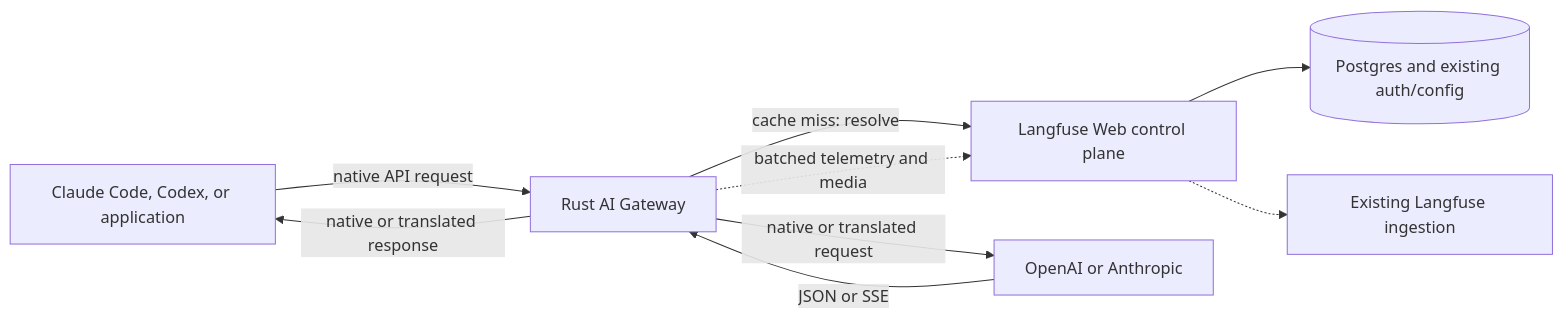
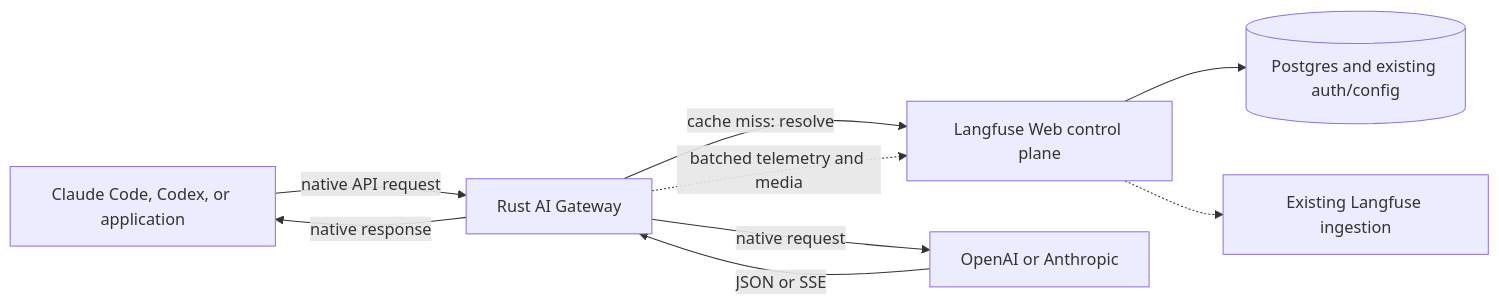
The first of 2 diagrams in specs/llm-gateway-rfc.md (langfuse/langfuse), drawn with Mermaid before and after one commit. The commit also changed other lines of this file, not shown here.

````diff
--- a/specs/llm-gateway-rfc.md
+++ b/specs/llm-gateway-rfc.md
@@ -81,11 +80,11 @@
 ```mermaid
 flowchart LR
     C["Claude Code, Codex, or application"] -->|"native API request"| G["Rust AI Gateway"]
     G -->|"cache miss: resolve"| W["Langfuse Web control plane"]
     W --> P[("Postgres and existing auth/config")]
-    G -->|"native or translated request"| O["OpenAI or Anthropic"]
+    G -->|"native request"| O["OpenAI or Anthropic"]
     O -->|"JSON or SSE"| G
-    G -->|"native or translated response"| C
+    G -->|"native response"| C
     G -.->|"batched telemetry and media"| W
     W -.-> I["Existing Langfuse ingestion"]
 ```
````
